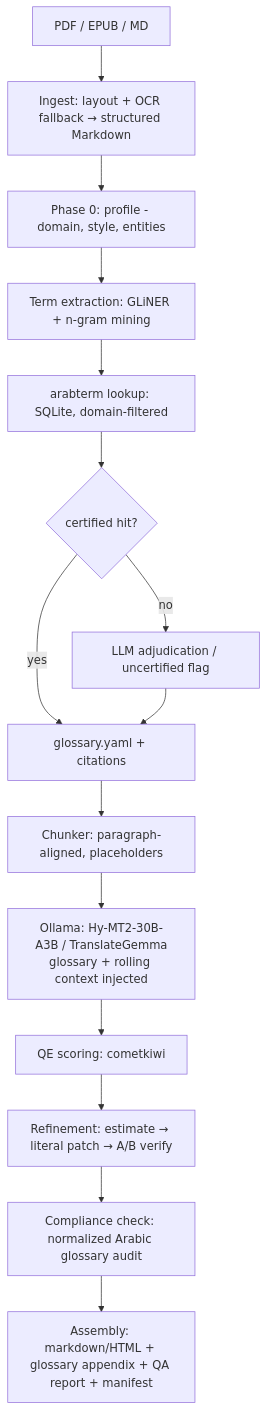
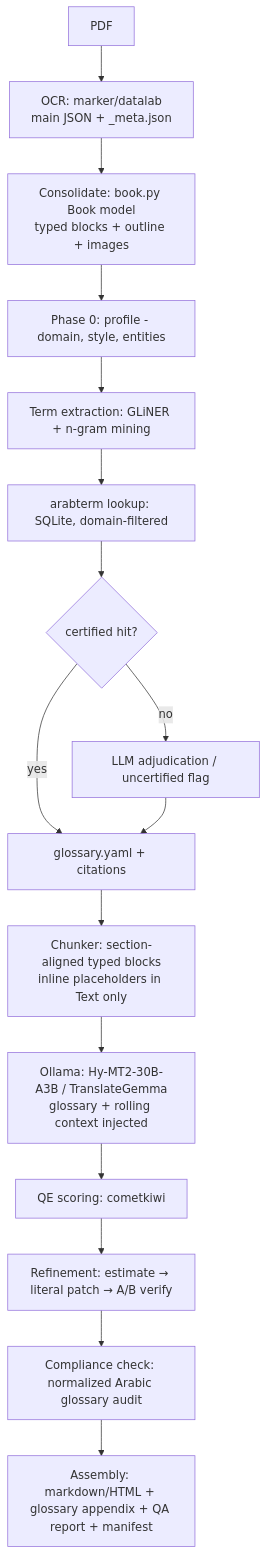
Before and after one commit to ahmgam/book-harness: the diagram in brainstorming.md, drawn with Mermaid. The commit also changed other lines of this file and 2 other files, not shown here.

````diff
--- a/brainstorming.md
+++ b/brainstorming.md
@@ -82,17 +82,18 @@
 ```mermaid
 flowchart TD
-    A[PDF / EPUB / MD] --> B[Ingest: layout + OCR fallback → structured Markdown]
+    A[PDF] --> O[OCR: marker/datalab<br/>main JSON + _meta.json]
+    O --> B[Consolidate: book.py Book model<br/>typed blocks + outline + images]
     B --> P[Phase 0: profile - domain, style, entities]
     P --> C[Term extraction: GLiNER + n-gram mining]
     C --> D[arabterm lookup: SQLite, domain-filtered]
     D --> E{certified hit?}
     E -- yes --> F[glossary.yaml + citations]
     E -- no --> G[LLM adjudication / uncertified flag]
     G --> F
-    F --> H[Chunker: paragraph-aligned, placeholders]
+    F --> H[Chunker: section-aligned typed blocks<br/>inline placeholders in Text only]
     H --> I[Ollama: Hy-MT2-30B-A3B / TranslateGemma<br/>glossary + rolling context injected]
     I --> J[QE scoring: cometkiwi]
     J --> K[Refinement: estimate → literal patch → A/B verify]
     K --> L[Compliance check: normalized Arabic glossary audit]
     L --> M[Assembly: markdown/HTML + glossary appendix + QA report + manifest]
 ```
````
